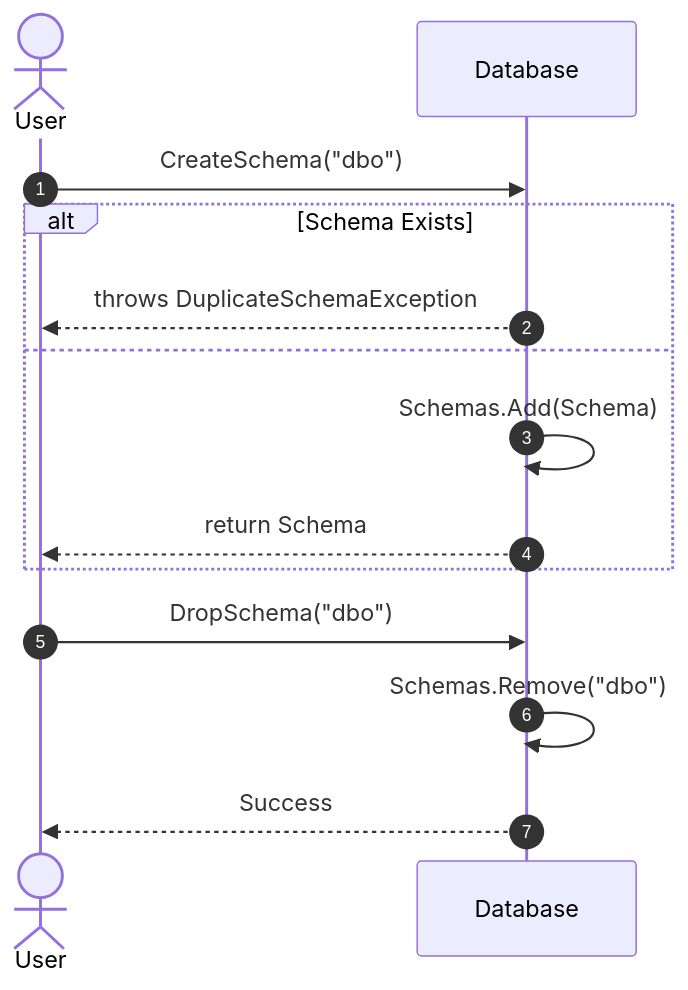
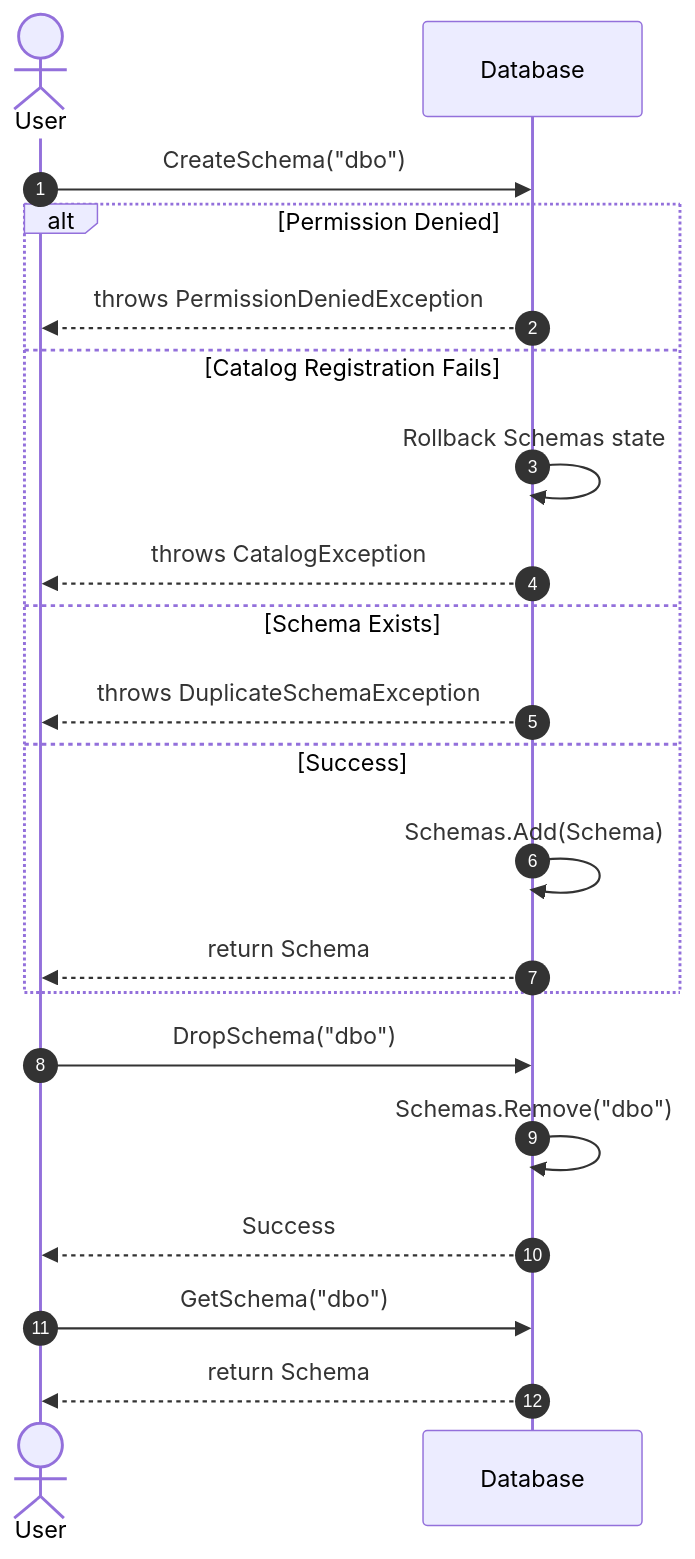
One commit to Hagiakhanh/bbv-dbms changed the eighth of 51 diagrams in docs/sequence-diagrams/README.md. Above: the diagram before and after it, drawn with Mermaid. The commit also changed other lines of this file and 4 other files, not shown here.

````diff
--- a/docs/sequence-diagrams/README.md
+++ b/docs/sequence-diagrams/README.md
@@ -315,18 +398,29 @@
 ```mermaid
 sequenceDiagram
     autonumber
     actor User
     participant DB as Database
     
+    %% Create Schema
     User->>DB: CreateSchema("dbo")
-    alt Schema Exists
+    alt Permission Denied
+        DB-->>User: throws PermissionDeniedException
+    else Catalog Registration Fails
+        DB->>DB: Rollback Schemas state
+        DB-->>User: throws CatalogException
+    else Schema Exists
         DB-->>User: throws DuplicateSchemaException
-    else
+    else Success
         DB->>DB: Schemas.Add(Schema)
         DB-->>User: return Schema
     end
     
+    %% Drop Schema
     User->>DB: DropSchema("dbo")
     DB->>DB: Schemas.Remove("dbo")
     DB-->>User: Success
+
+    %% Get Schema
+    User->>DB: GetSchema("dbo")
+    DB-->>User: return Schema
 ```
````
